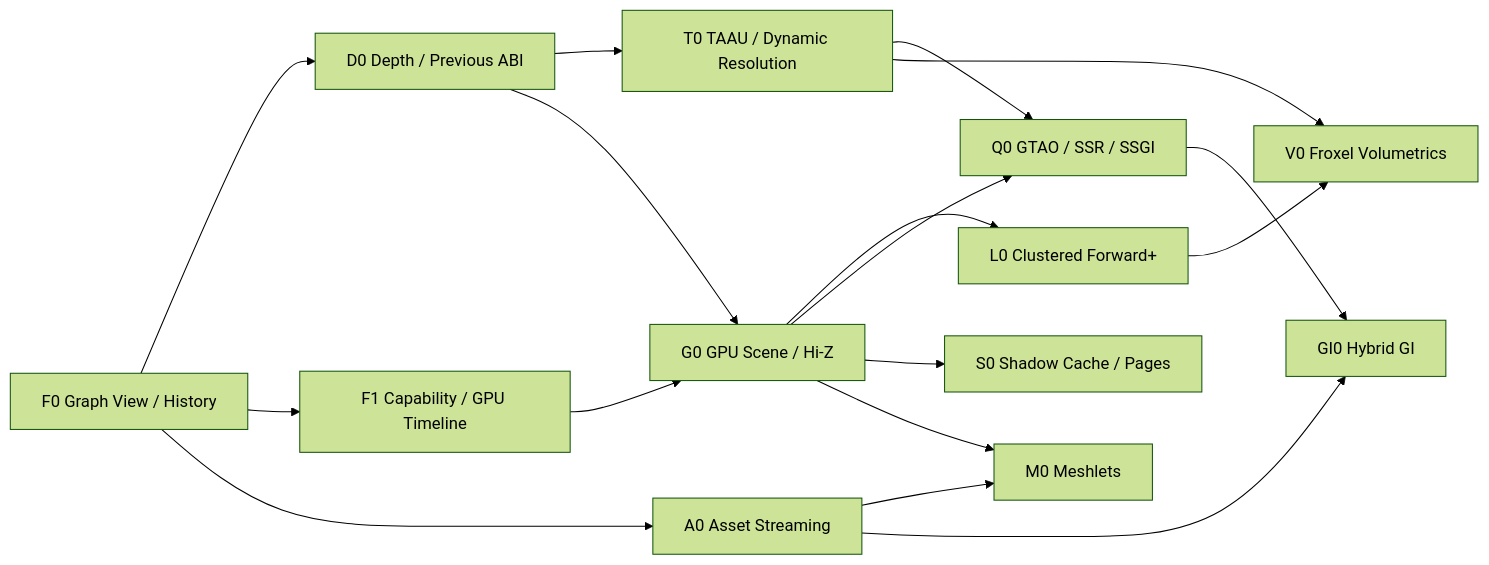
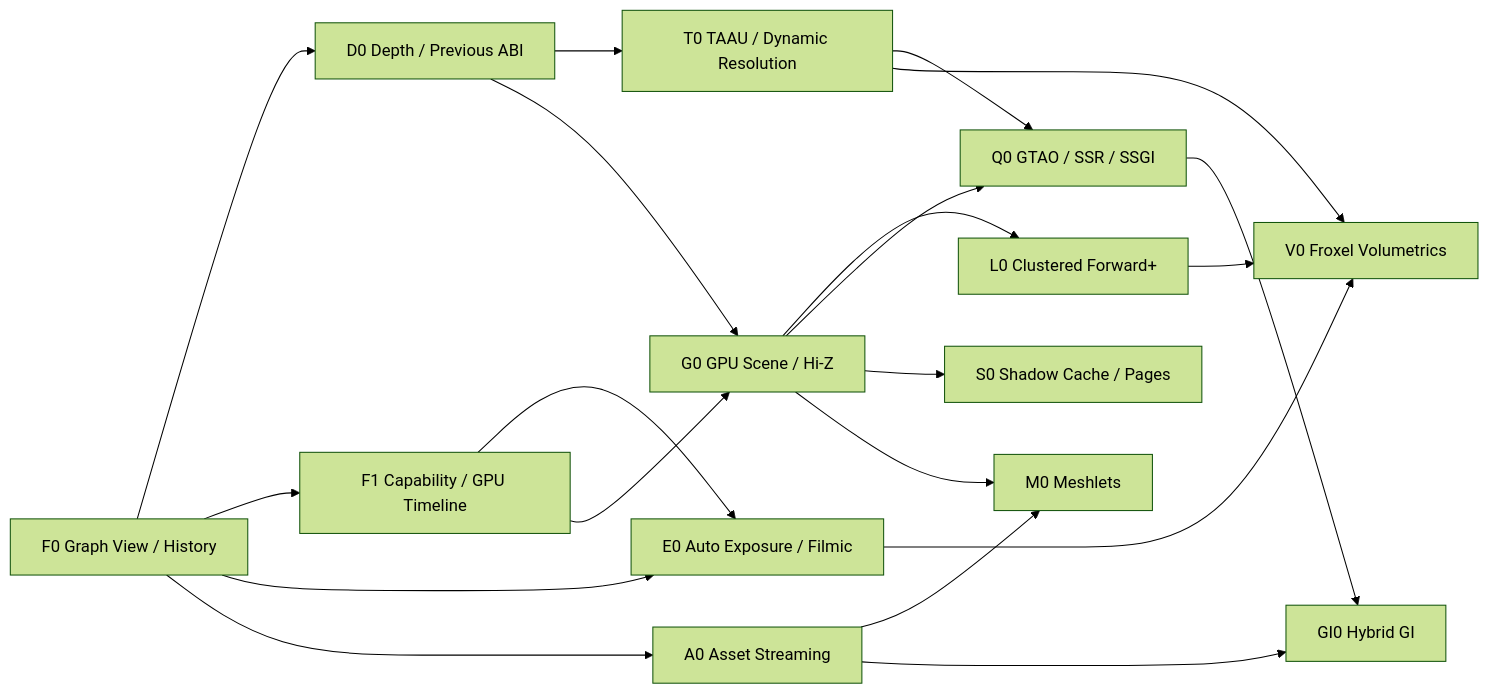
The third of 3 diagrams in documentation/MODERN_WEBGPU_RENDERING_ROADMAP.md (hiloteam/Hilo3d), drawn with Mermaid (forest theme) before and after one commit. The commit also changed other lines of this file and 8 other files, not shown here.

````diff
--- a/documentation/MODERN_WEBGPU_RENDERING_ROADMAP.md
+++ b/documentation/MODERN_WEBGPU_RENDERING_ROADMAP.md
@@ -569,19 +630,22 @@
 ```mermaid
 flowchart LR
   F0["F0 Graph View / History"] --> D0["D0 Depth / Previous ABI"]
   F0 --> F1["F1 Capability / GPU Timeline"]
+  F0 --> E0["E0 Auto Exposure / Filmic"]
+  F1 --> E0
   D0 --> T0["T0 TAAU / Dynamic Resolution"]
   D0 --> G0["G0 GPU Scene / Hi-Z"]
   F1 --> G0
   G0 --> L0["L0 Clustered Forward+"]
   T0 --> Q0["Q0 GTAO / SSR / SSGI"]
   G0 --> Q0
   G0 --> S0["S0 Shadow Cache / Pages"]
   L0 --> V0["V0 Froxel Volumetrics"]
   T0 --> V0
+  E0 --> V0
   F0 --> A0["A0 Asset Streaming"]
   G0 --> M0["M0 Meshlets"]
   A0 --> M0
   Q0 --> GI0["GI0 Hybrid GI"]
   A0 --> GI0
 ```
````
